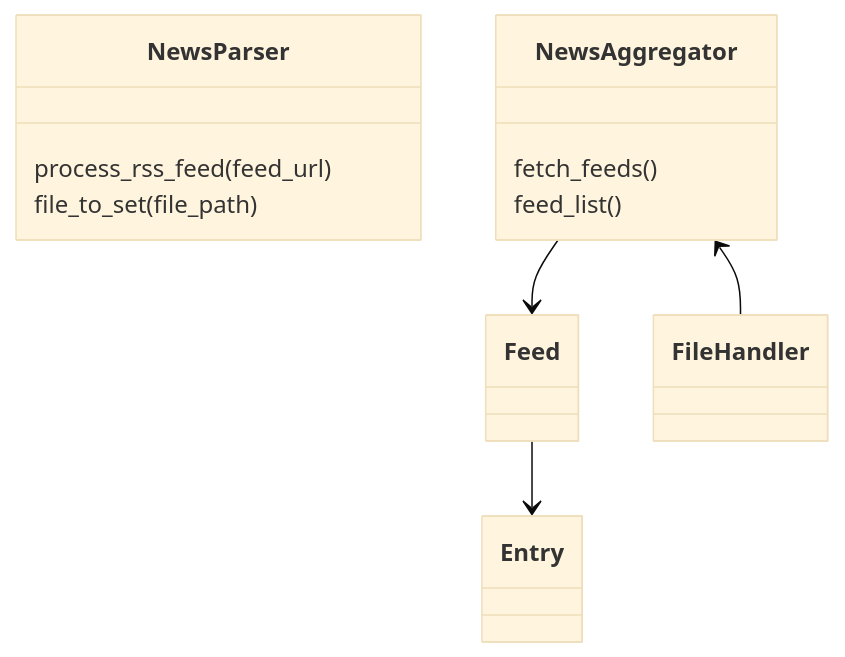
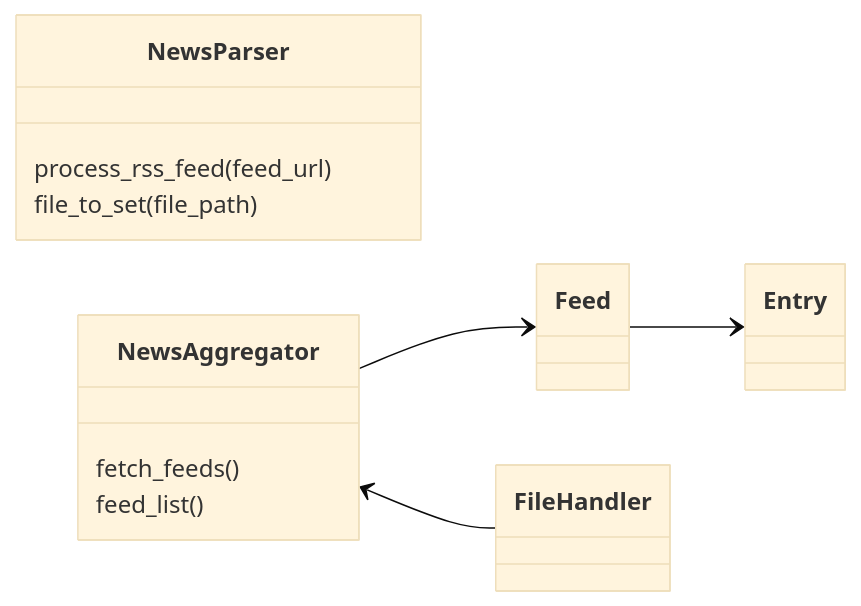
The second of 2 diagrams in README.md (samuelgrootwassink/rt-event-tracker), drawn with Mermaid (base theme) before and after one commit. The commit also changed 8 other files, not shown here.

````diff
--- a/README.md
+++ b/README.md
@@ -147,24 +147,25 @@
 ```mermaid
 classDiagram
+direction LR
 
 class NewsParser{
 	process_rss_feed(feed_url)
 	file_to_set(file_path)
 }
 
 class NewsAggregator{
 	fetch_feeds()
 	feed_list()
 }
 
 class Feed{
 	
 }
 
 class Entry
 
 NewsAggregator <-- FileHandler
 NewsAggregator --> Feed
 Feed --> Entry
 
 ```
````
